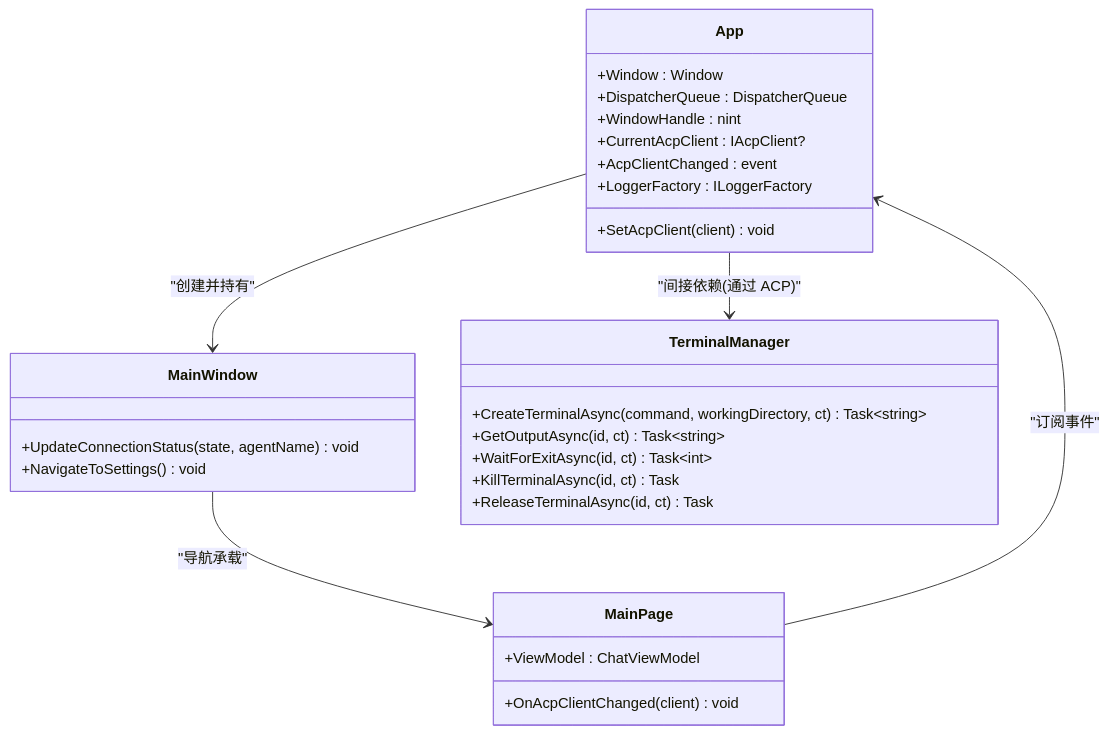
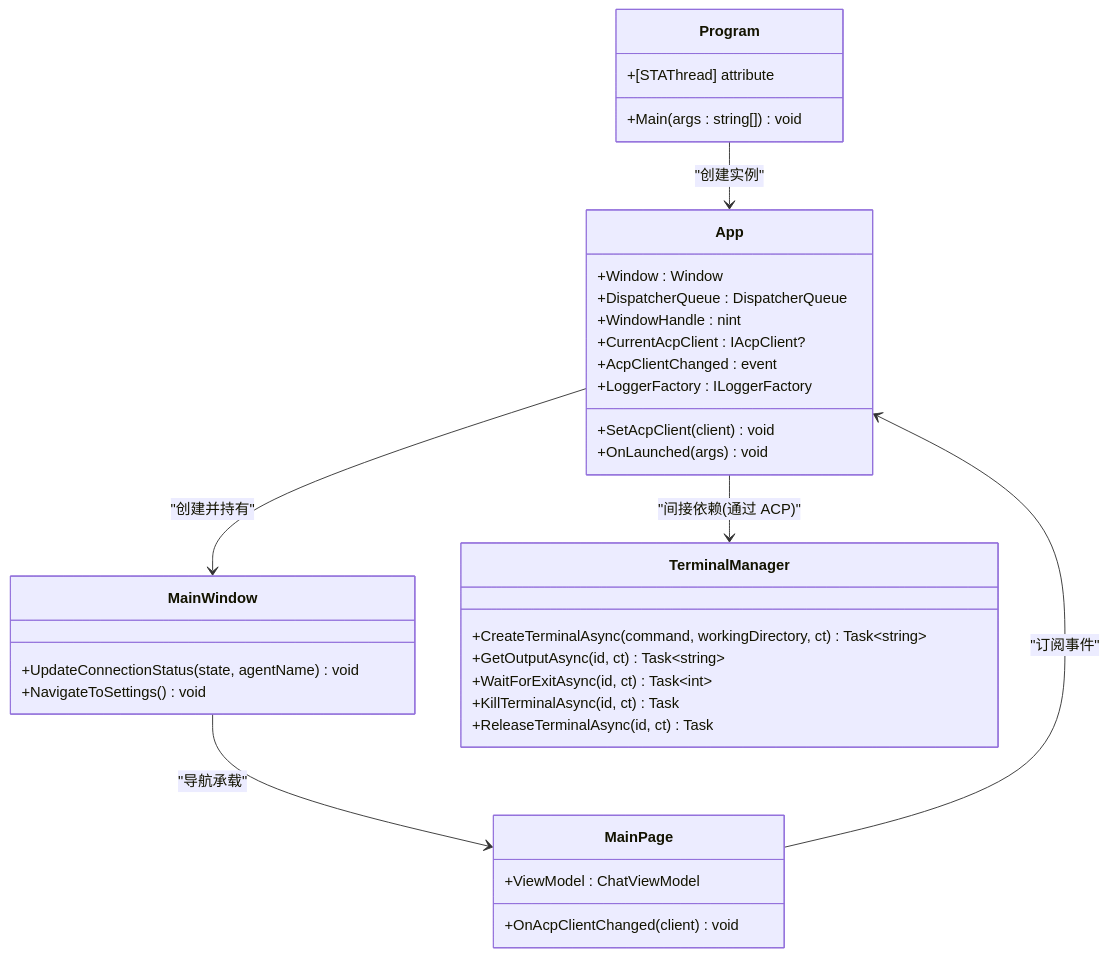
One commit to AgenticDesktop/App changed the third of 3 diagrams in .qoder/repowiki/zh/content/开发指南/项目结构/应用程序入口.md. Above: the diagram before and after it, drawn with Mermaid. The commit also changed other lines of this file and 19 other files, not shown here.

````diff
--- a/.qoder/repowiki/zh/content/开发指南/项目结构/应用程序入口.md
+++ b/.qoder/repowiki/zh/content/开发指南/项目结构/应用程序入口.md
@@ -192,31 +236,37 @@
 ```mermaid
 classDiagram
+class Program {
++Main(args : string[]) void
++[STAThread] attribute
+}
 class App {
 +Window : Window
 +DispatcherQueue : DispatcherQueue
 +WindowHandle : nint
 +CurrentAcpClient : IAcpClient?
 +AcpClientChanged : event
 +LoggerFactory : ILoggerFactory
 +SetAcpClient(client) void
++OnLaunched(args) void
 }
 class MainWindow {
 +UpdateConnectionStatus(state, agentName) void
 +NavigateToSettings() void
 }
 class MainPage {
 +ViewModel : ChatViewModel
 +OnAcpClientChanged(client) void
 }
 class TerminalManager {
 +CreateTerminalAsync(command, workingDirectory, ct) Task~string~
 +GetOutputAsync(id, ct) Task~string~
 +WaitForExitAsync(id, ct) Task~int~
 +KillTerminalAsync(id, ct) Task
 +ReleaseTerminalAsync(id, ct) Task
 }
+Program --> App : "创建实例"
 App --> MainWindow : "创建并持有"
 MainWindow --> MainPage : "导航承载"
 MainPage --> App : "订阅事件"
 App --> TerminalManager : "间接依赖(通过 ACP)"
 ```
````
